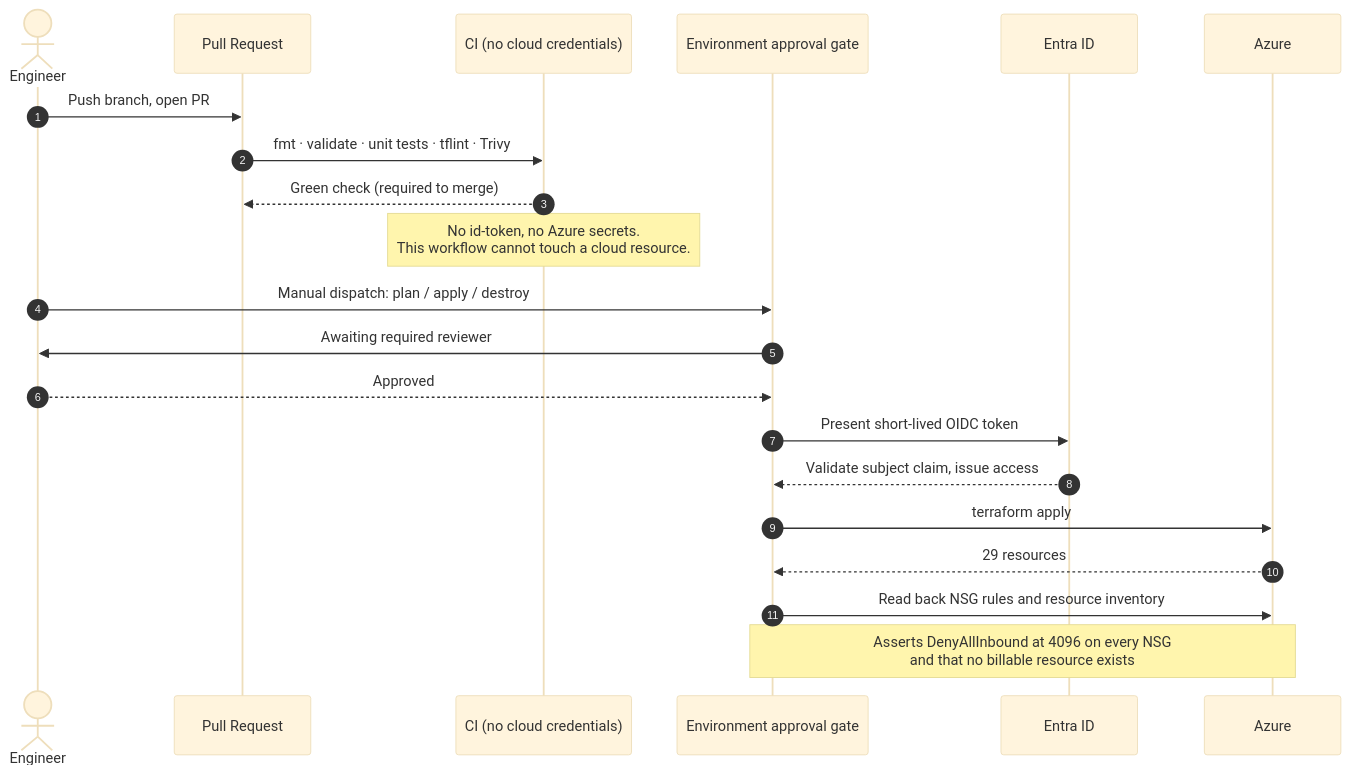
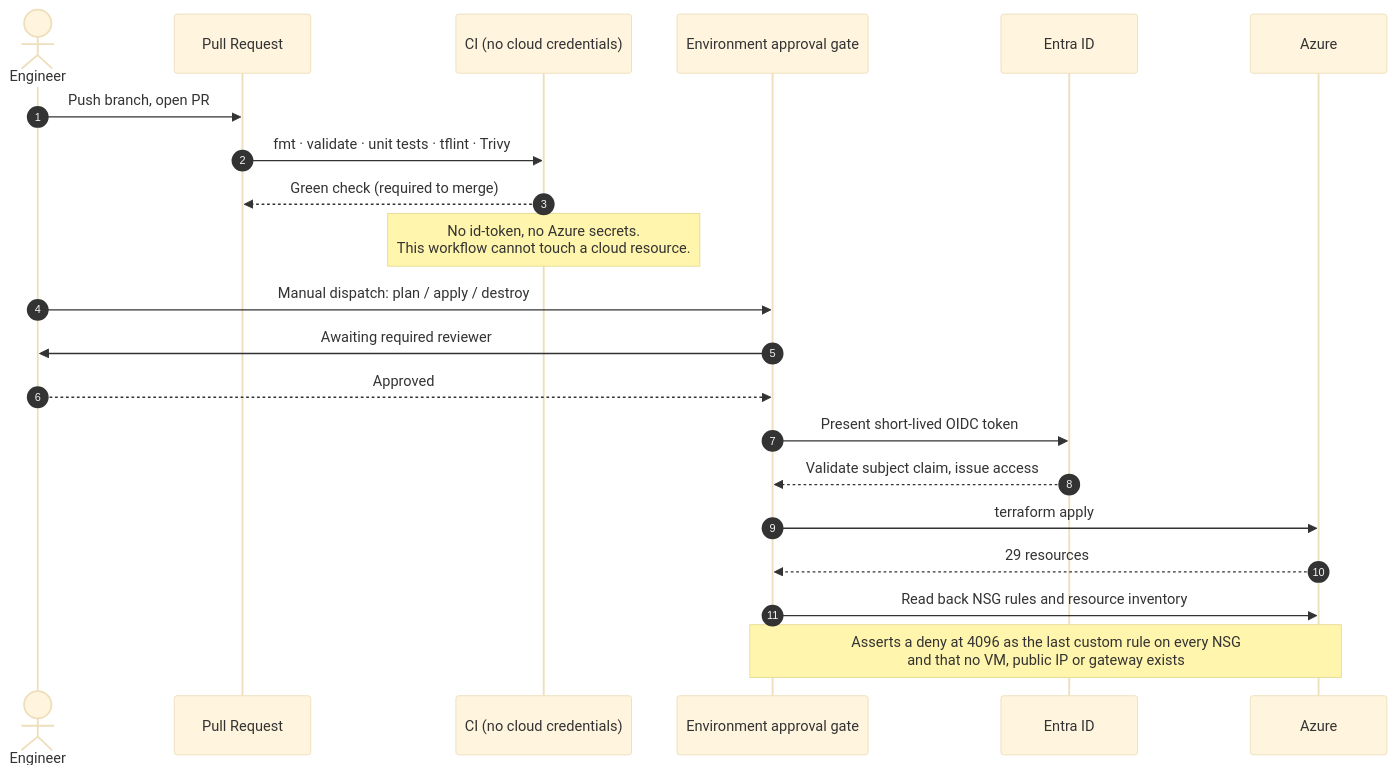
The second of 2 diagrams in README.md (mohamedhirey/azure-hub-spoke-landing-zone), drawn with Mermaid (base theme) before and after one commit. The commit also changed other lines of this file and 3 other files, not shown here.

````diff
--- a/README.md
+++ b/README.md
@@ -98,25 +98,25 @@
 ```mermaid
 sequenceDiagram
     autonumber
     actor Eng as Engineer
     participant PR as Pull Request
     participant CI as CI (no cloud credentials)
     participant Gate as Environment approval gate
     participant Entra as Entra ID
     participant Azure as Azure
 
     Eng->>PR: Push branch, open PR
     PR->>CI: fmt · validate · unit tests · tflint · Trivy
     CI-->>PR: Green check (required to merge)
     Note over CI: No id-token, no Azure secrets.<br/>This workflow cannot touch a cloud resource.
 
     Eng->>Gate: Manual dispatch: plan / apply / destroy
     Gate->>Eng: Awaiting required reviewer
     Eng-->>Gate: Approved
     Gate->>Entra: Present short-lived OIDC token
     Entra-->>Gate: Validate subject claim, issue access
     Gate->>Azure: terraform apply
     Azure-->>Gate: 29 resources
     Gate->>Azure: Read back NSG rules and resource inventory
-    Note over Gate,Azure: Asserts DenyAllInbound at 4096 on every NSG<br/>and that no billable resource exists
+    Note over Gate,Azure: Asserts a deny at 4096 as the last custom rule on every NSG<br/>and that no VM, public IP or gateway exists
 ```
````
